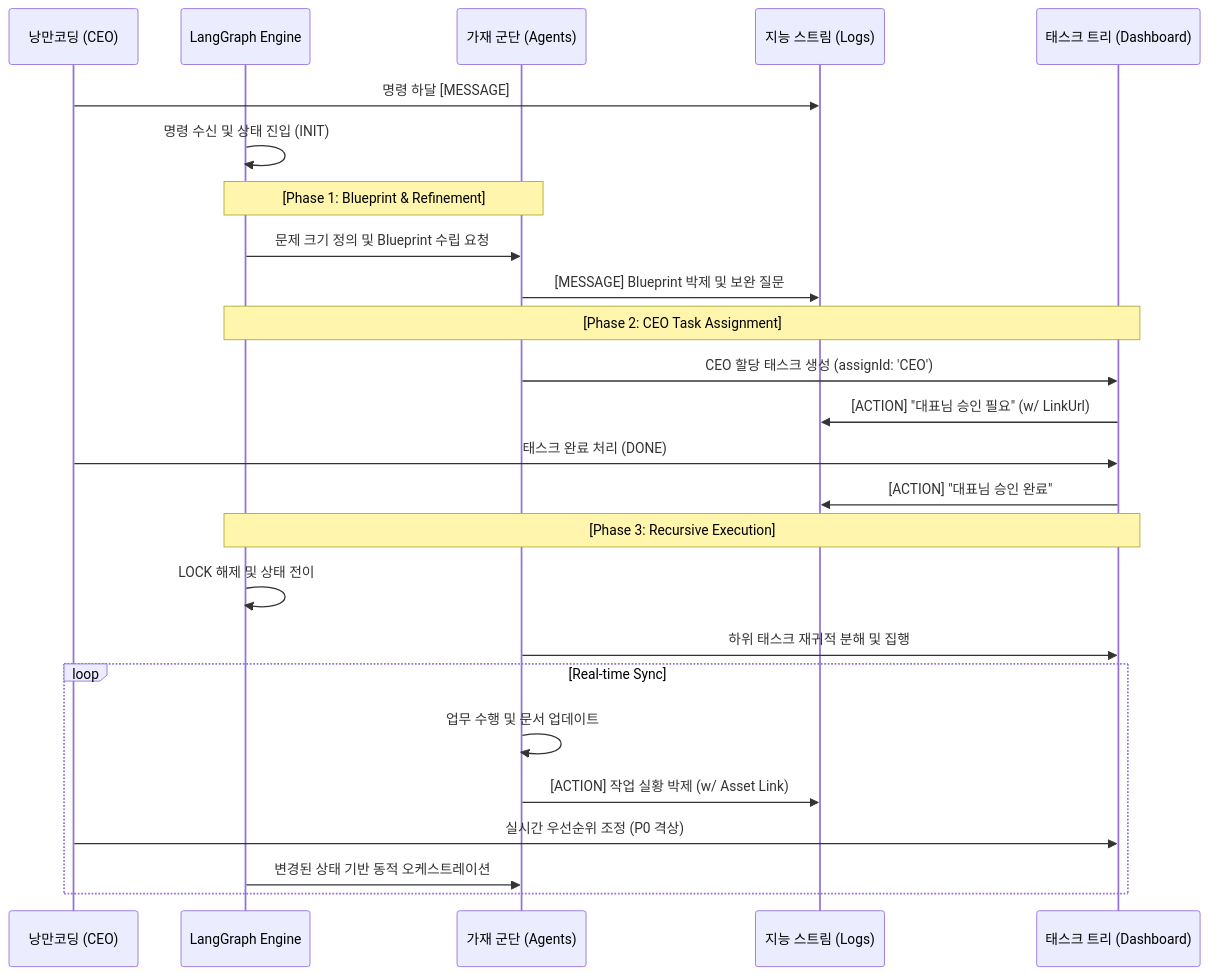
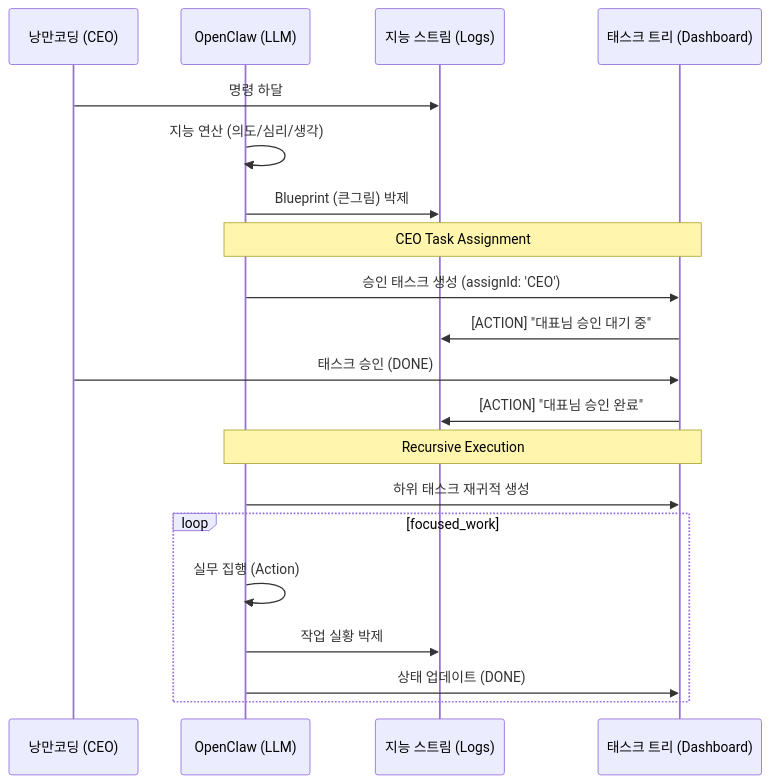
One commit to yuna-studio/yuna-openclaw changed the second of 2 diagrams in docs/core/process/SYSTEM_DESIGN_V1_0.md. Above: the diagram before and after it, drawn with Mermaid. The commit also changed other lines of this file, not shown here.

Commit message:
docs: Sanctuary v3.7 Final Rollback (CEO Task and Recursive Tree Integration)

````diff
--- a/docs/core/process/SYSTEM_DESIGN_V1_0.md
+++ b/docs/core/process/SYSTEM_DESIGN_V1_0.md
@@ -103,33 +82,26 @@
 ```mermaid
 sequenceDiagram
     participant CEO as 낭만코딩 (CEO)
-    participant LG as LangGraph Engine
-    participant Agent as 가재 군단 (Agents)
+    participant Agent as OpenClaw (LLM)
     participant Stream as 지능 스트림 (Logs)
     participant Dash as 태스크 트리 (Dashboard)
 
-    CEO->>Stream: 명령 하달 [MESSAGE]
-    LG->>LG: 명령 수신 및 상태 진입 (INIT)
+    CEO->>Stream: 명령 하달
+    Agent->>Agent: 지능 연산 (의도/심리/생각)
+    Agent->>Stream: Blueprint (큰그림) 박제
     
-    Note over LG, Agent: [Phase 1: Blueprint & Refinement]
-    LG->>Agent: 문제 크기 정의 및 Blueprint 수립 요청
-    Agent->>Stream: [MESSAGE] Blueprint 박제 및 보완 질문
+    Note over Agent, Dash: CEO Task Assignment
+    Agent->>Dash: 승인 태스크 생성 (assignId: 'CEO')
+    Dash->>Stream: [ACTION] "대표님 승인 대기 중"
     
-    Note over LG, Dash: [Phase 2: CEO Task Assignment]
-    Agent->>Dash: CEO 할당 태스크 생성 (assignId: 'CEO')
-    Dash->>Stream: [ACTION] "대표님 승인 필요" (w/ LinkUrl)
-    
-    CEO->>Dash: 태스크 완료 처리 (DONE)
+    CEO->>Dash: 태스크 승인 (DONE)
     Dash->>Stream: [ACTION] "대표님 승인 완료"
     
-    Note over LG, Dash: [Phase 3: Recursive Execution]
-    LG->>LG: LOCK 해제 및 상태 전이
-    Agent->>Dash: 하위 태스크 재귀적 분해 및 집행
-    
-    loop Real-time Sync
-        Agent->>Agent: 업무 수행 및 문서 업데이트
-        Agent->>Stream: [ACTION] 작업 실황 박제 (w/ Asset Link)
-        CEO->>Dash: 실시간 우선순위 조정 (P0 격상)
-        LG->>Agent: 변경된 상태 기반 동적 오케스트레이션
+    Note over Agent, Dash: Recursive Execution
+    Agent->>Dash: 하위 태스크 재귀적 생성
+    loop focused_work
+        Agent->>Agent: 실무 집행 (Action)
+        Agent->>Stream: 작업 실황 박제
+        Agent->>Dash: 상태 업데이트 (DONE)
     end
 ```
````
